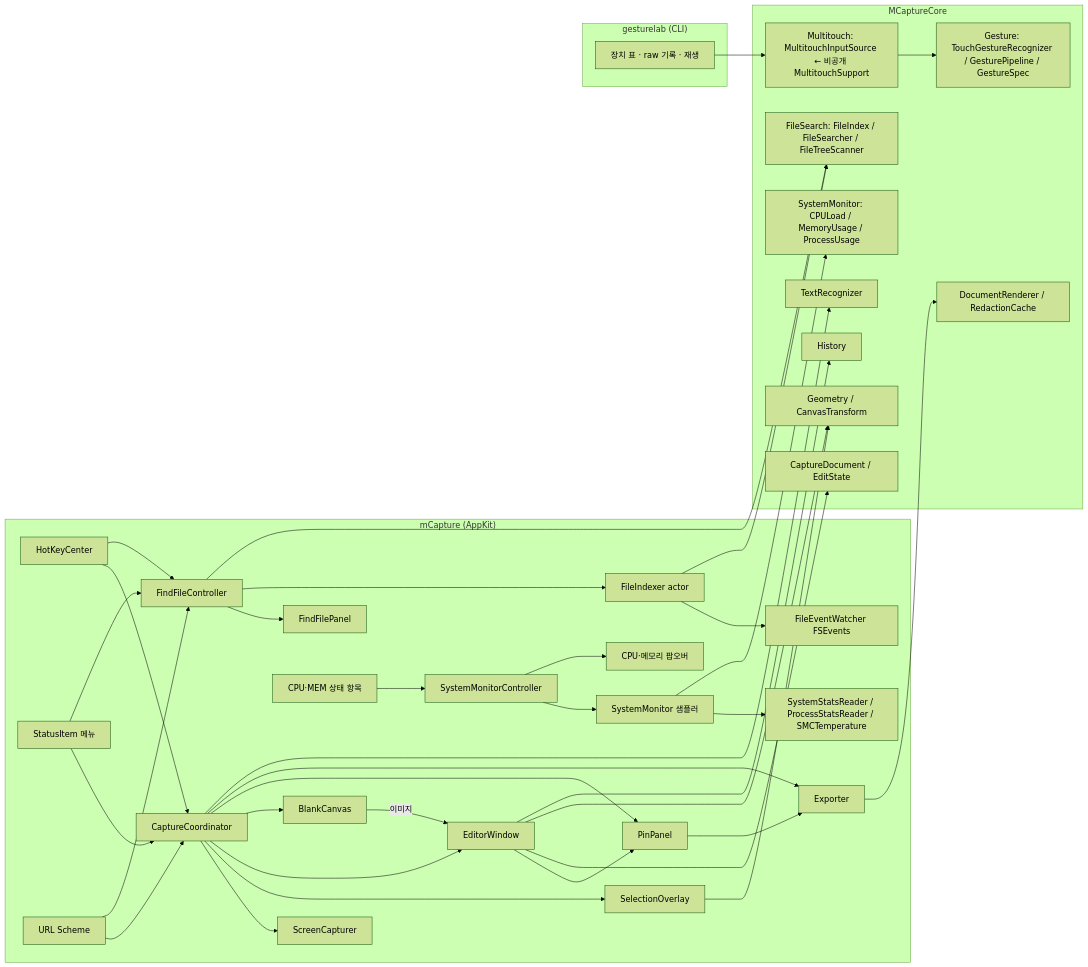
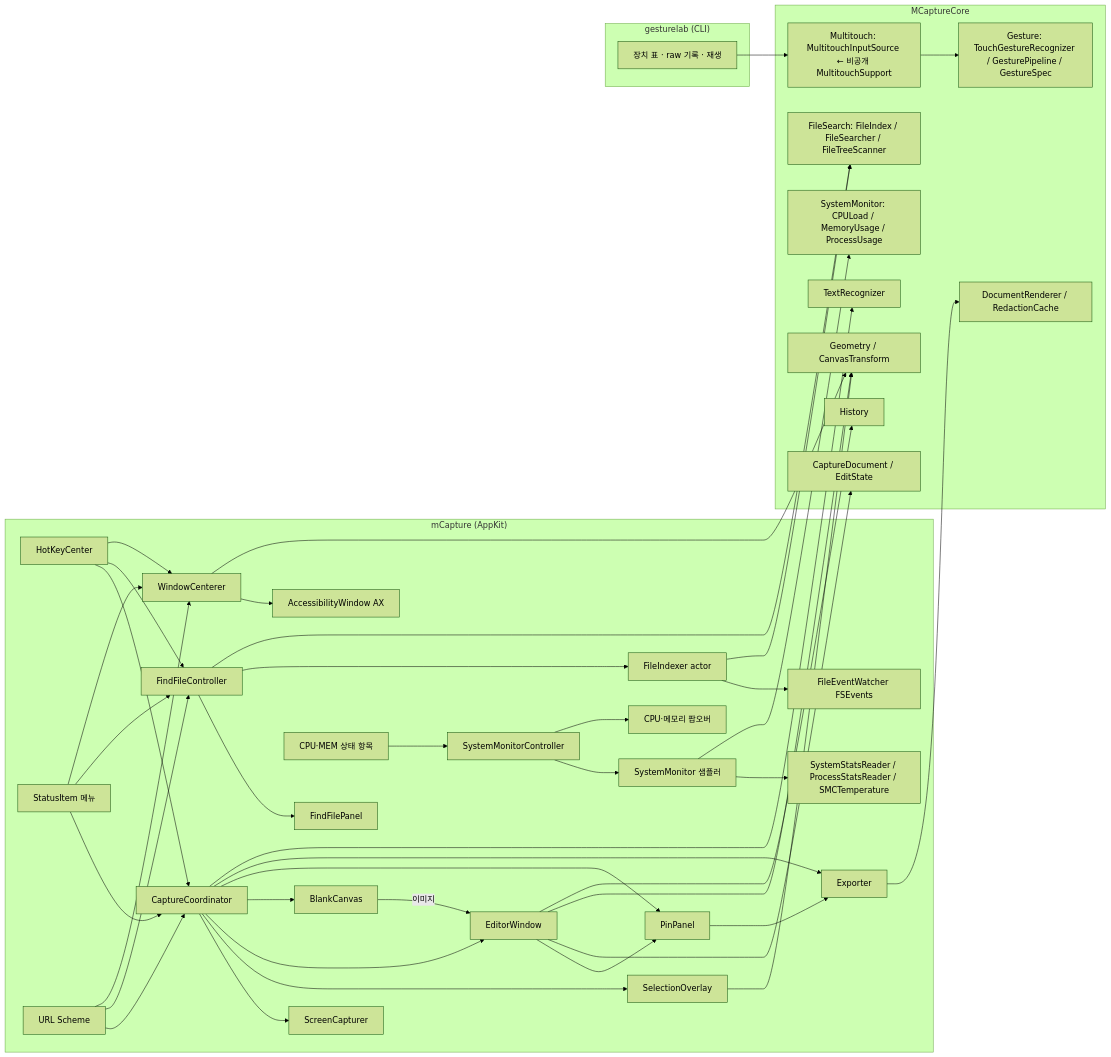
Before and after one commit to motolies/mCapture: the first of 2 diagrams in claudedocs/mcapture-개발-스펙.md, drawn with Mermaid (forest theme). The commit also changed other lines of this file and 20 other files, not shown here.

````diff
--- a/claudedocs/mcapture-개발-스펙.md
+++ b/claudedocs/mcapture-개발-스펙.md
@@ -75,52 +75,57 @@
 ```mermaid
 flowchart LR
     subgraph App["mCapture (AppKit)"]
         HK[HotKeyCenter] --> CO[CaptureCoordinator]
         SI[StatusItem 메뉴] --> CO
         URL[URL Scheme] --> CO
         CO --> SC[ScreenCapturer]
         CO --> OV[SelectionOverlay]
         CO --> ED[EditorWindow]
         CO --> BC[BlankCanvas]
         BC -->|이미지| ED
         CO --> PIN[PinPanel]
         CO --> EX[Exporter]
         ED --> PIN
         PIN --> EX
         HK --> FF[FindFileController]
         SI --> FF
         URL --> FF
+        HK --> WC[WindowCenterer]
+        SI --> WC
+        URL --> WC
+        WC --> AXW[AccessibilityWindow AX]
         FF --> FP[FindFilePanel]
         FF --> FX[FileIndexer actor]
         FX --> FW[FileEventWatcher FSEvents]
         MI[CPU·MEM 상태 항목] --> SMC[SystemMonitorController]
         SMC --> SM[SystemMonitor 샘플러]
         SMC --> POP[CPU·메모리 팝오버]
         SM --> SR[SystemStatsReader / ProcessStatsReader / SMCTemperature]
     end
     subgraph Core["MCaptureCore"]
         DOC[CaptureDocument / EditState]
         REN[DocumentRenderer / RedactionCache]
         GEO[Geometry / CanvasTransform]
         HIS[History]
         REC[TextRecognizer]
         FS[FileSearch: FileIndex / FileSearcher / FileTreeScanner]
         MON[SystemMonitor: CPULoad / MemoryUsage / ProcessUsage]
         GES[Gesture: TouchGestureRecognizer / GesturePipeline / GestureSpec]
         MT[Multitouch: MultitouchInputSource ← 비공개 MultitouchSupport]
     end
     ED --> DOC
     ED --> GEO
     ED --> HIS
     EX --> REN
     OV --> GEO
+    WC --> GEO
     CO --> REC
     FX --> FS
     FF --> FS
     SM --> MON
     MT --> GES
     subgraph Lab["gesturelab (CLI)"]
         LAB[장치 표 · raw 기록 · 재생]
     end
     LAB --> MT
 ```
````
